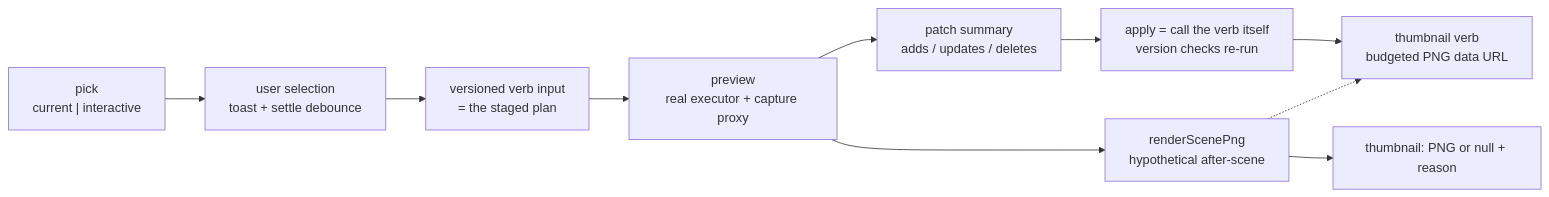
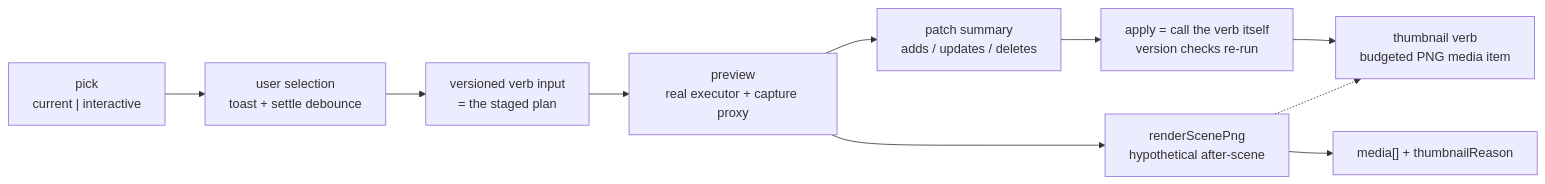
The seventh of 14 diagrams in docs/app-harness.md (NNTin/tinytinkerer), drawn with Mermaid before and after one commit. The commit also changed other lines of this file and 27 other files, not shown here.

````diff
--- a/docs/app-harness.md
+++ b/docs/app-harness.md
@@ -456,18 +458,18 @@
 ```mermaid
 flowchart LR
   plan["versioned verb input<br/>= the staged plan"]
   dryRun["preview<br/>real executor + capture proxy"]
   patch["patch summary<br/>adds / updates / deletes"]
   render["renderScenePng<br/>hypothetical after-scene"]
-  visual["thumbnail: PNG or null + reason"]
+  visual["media[] + thumbnailReason"]
   apply["apply = call the verb itself<br/>version checks re-run"]
-  snapshot["thumbnail verb<br/>budgeted PNG data URL"]
+  snapshot["thumbnail verb<br/>budgeted PNG media item"]
   pickVerb["pick<br/>current | interactive"]
   user["user selection<br/>toast + settle debounce"]
 
   plan --> dryRun --> patch --> apply
   dryRun --> render --> visual
   apply --> snapshot
   render -.-> snapshot
   pickVerb --> user --> plan
 ```
````
